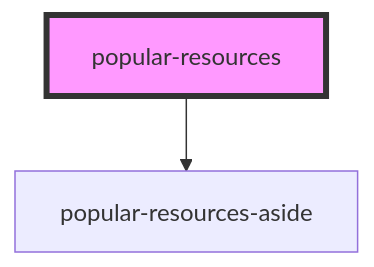
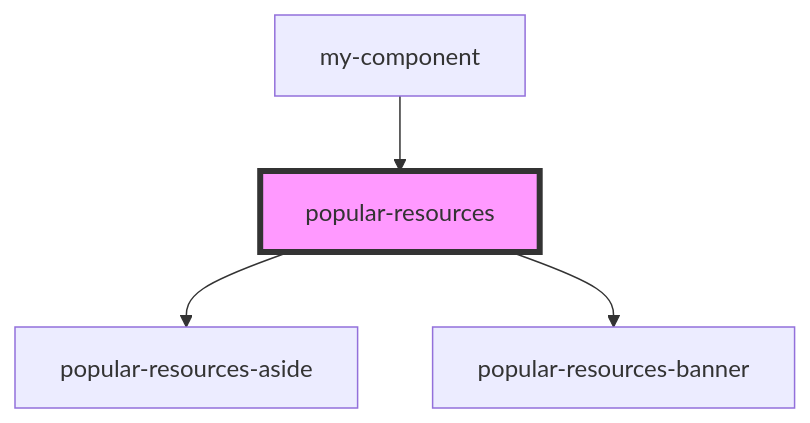
The diagram in src/components/theme-one/res/view/popular-resources/readme.md (Wokh-Dada/wibbitz-stencil), drawn with Mermaid before and after one commit. The commit also changed other lines of this file and 25 other files, not shown here.

````diff
--- a/src/components/theme-one/res/view/popular-resources/readme.md
+++ b/src/components/theme-one/res/view/popular-resources/readme.md
@@ -22,5 +36,7 @@
 ```mermaid
 graph TD;
   popular-resources --> popular-resources-aside
+  popular-resources --> popular-resources-banner
+  my-component --> popular-resources
   style popular-resources fill:#f9f,stroke:#333,stroke-width:4px
 ```
````
